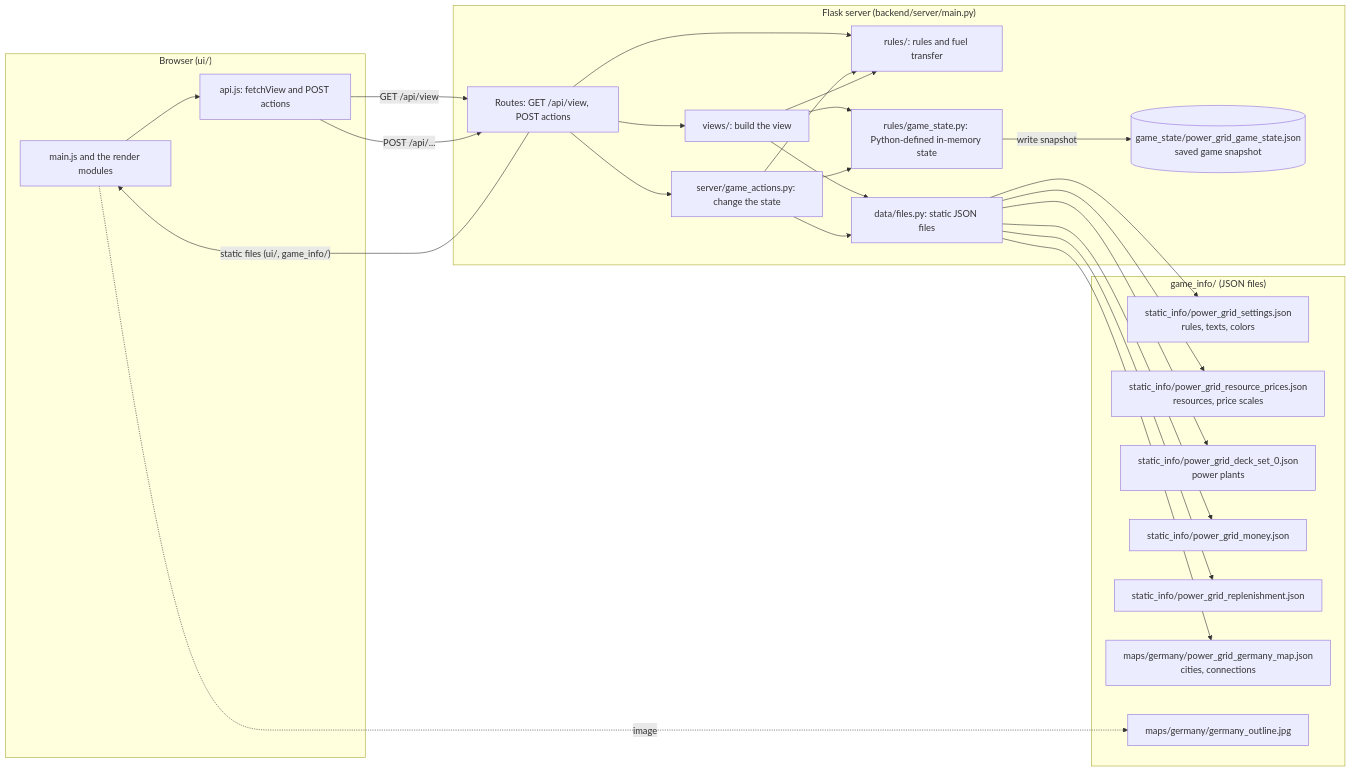
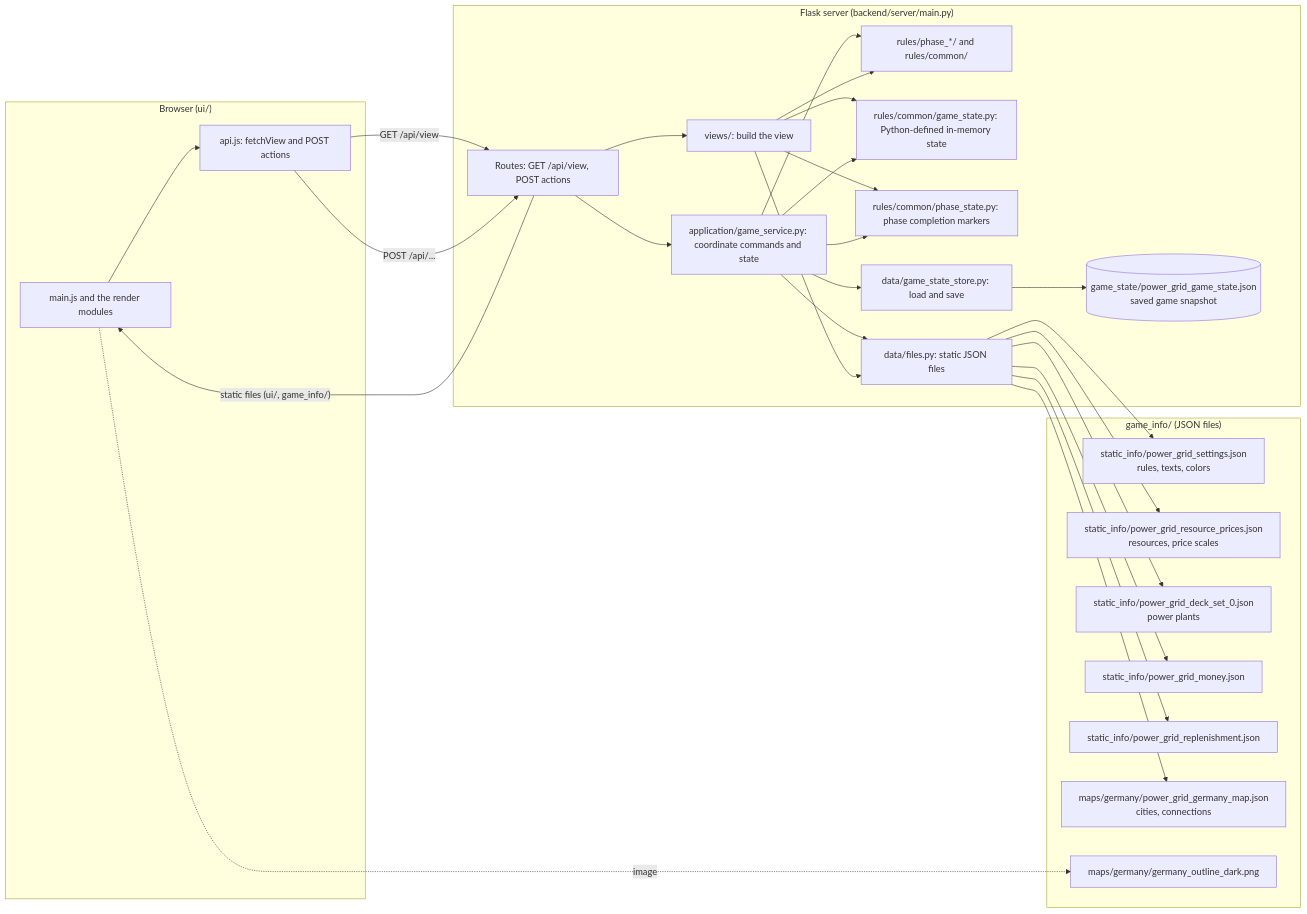
Before and after one commit to runnindrk/power-grid: the diagram in docs/diagrams/01-system-overview.md, drawn with Mermaid. The commit also changed other lines of this file and 44 other files, not shown here.

````diff
--- a/docs/diagrams/01-system-overview.md
+++ b/docs/diagrams/01-system-overview.md
@@ -5,49 +5,53 @@
 ```mermaid
 flowchart LR
     subgraph Browser["Browser (ui/)"]
         UI["main.js and the render modules"]
         API["api.js: fetchView and POST actions"]
         UI --> API
     end
 
     subgraph Server["Flask server (backend/server/main.py)"]
         Routes["Routes: GET /api/view, POST actions"]
         Views["views/: build the view"]
-        Actions["server/game_actions.py: change the state"]
-        Rules["rules/: rules and fuel transfer"]
-        State["rules/game_state.py: Python-defined in-memory state"]
+        Service["application/game_service.py: coordinate commands and state"]
+        Rules["rules/phase_*/ and rules/common/"]
+        State["rules/common/game_state.py: Python-defined in-memory state"]
+        PhaseState["rules/common/phase_state.py: phase completion markers"]
         Data["data/files.py: static JSON files"]
+        SaveData["data/game_state_store.py: load and save"]
         Routes --> Views
-        Routes --> Actions
-        Routes --> Rules
+        Routes --> Service
         Views --> State
-        Actions --> State
-        State -->|write snapshot| Save
+        Views --> PhaseState
+        Service --> State
+        Service --> PhaseState
+        Service --> Rules
+        Service --> Data
+        Service --> SaveData
+        SaveData --> Save
         Views --> Data
-        Actions --> Data
-        Actions --> Rules
         Views --> Rules
     end
 
     subgraph Files["game_info/ (JSON files)"]
         Save[("game_state/power_grid_game_state.json<br/>saved game snapshot")]
         Settings["static_info/power_grid_settings.json<br/>rules, texts, colors"]
         Resources["static_info/power_grid_resource_prices.json<br/>resources, price scales"]
         Deck["static_info/power_grid_deck_set_0.json<br/>power plants"]
         Money["static_info/power_grid_money.json"]
         Replen["static_info/power_grid_replenishment.json"]
         Map["maps/germany/power_grid_germany_map.json<br/>cities, connections"]
-        Outline["maps/germany/germany_outline.jpg"]
+        Outline["maps/germany/germany_outline_dark.png"]
     end
 
     API -- "GET /api/view" --> Routes
     API -- "POST /api/..." --> Routes
     Routes -- "static files (ui/, game_info/)" --> UI
     Data --> Settings
     Data --> Resources
     Data --> Deck
     Data --> Money
     Data --> Replen
     Data --> Map
     UI -. "image" .-> Outline
 ```
````
